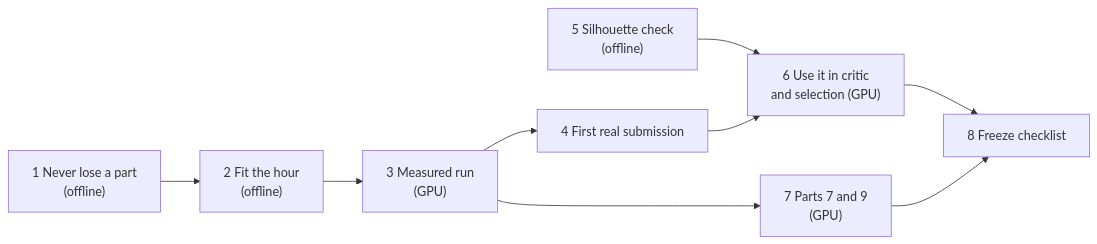
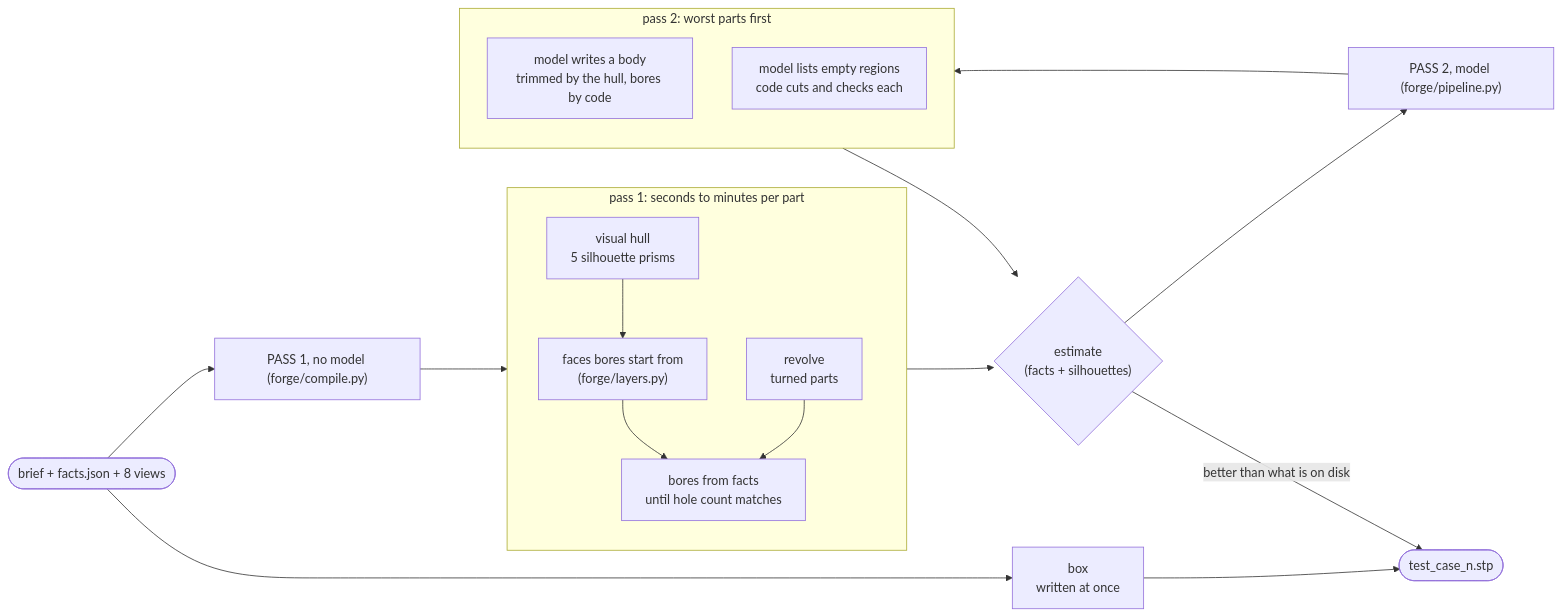
Before and after one commit to rumutaydin/sphere-forge-agent: the diagram in docs/PLAN.md, drawn with Mermaid. The commit also changed other lines of this file and 18 other files, not shown here.

Commit message:
Plan v3, handoff, architecture and agent instructions after the night session; submit script

````diff
--- a/docs/PLAN.md
+++ b/docs/PLAN.md
@@ -8,11 +23,24 @@
 ```mermaid
 flowchart LR
-    S1["1 Never lose a part<br/>(offline)"] --> S2["2 Fit the hour<br/>(offline)"]
-    S2 --> S3["3 Measured run<br/>(GPU)"]
-    S3 --> S4["4 First real submission"]
-    S5["5 Silhouette check<br/>(offline)"] --> S6["6 Use it in critic<br/>and selection (GPU)"]
-    S4 --> S6
-    S3 --> S7["7 Parts 7 and 9<br/>(GPU)"]
-    S6 --> S8["8 Freeze checklist"]
-    S7 --> S8
+    IN(["brief + facts.json + 8 views"]) --> BOX["box<br/>written at once"]
+    IN --> P1["PASS 1, no model (forge/compile.py)"]
+    subgraph P1S["pass 1: seconds to minutes per part"]
+        H["visual hull<br/>5 silhouette prisms"]
+        R["revolve<br/>turned parts"]
+        F["faces bores start from<br/>(forge/layers.py)"]
+        B["bores from facts<br/>until hole count matches"]
+        H --> F --> B
+        R --> B
+    end
+    P1 --> P1S
+    P1S --> K{"estimate<br/>(facts + silhouettes)"}
+    K -- "better than what is on disk" --> OUT(["test_case_n.stp"])
+    K --> P2["PASS 2, model (forge/pipeline.py)"]
+    subgraph P2S["pass 2: worst parts first"]
+        M1["model writes a body<br/>trimmed by the hull, bores by code"]
+        M2["model lists empty regions<br/>code cuts and checks each"]
+    end
+    P2 --> P2S
+    P2S --> K
+    BOX --> OUT
 ```
````
